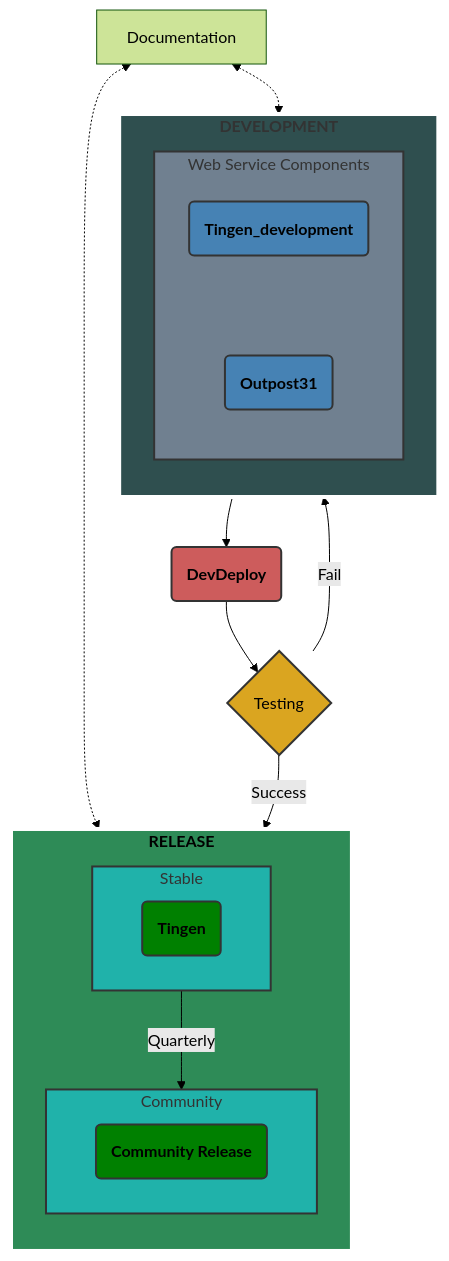
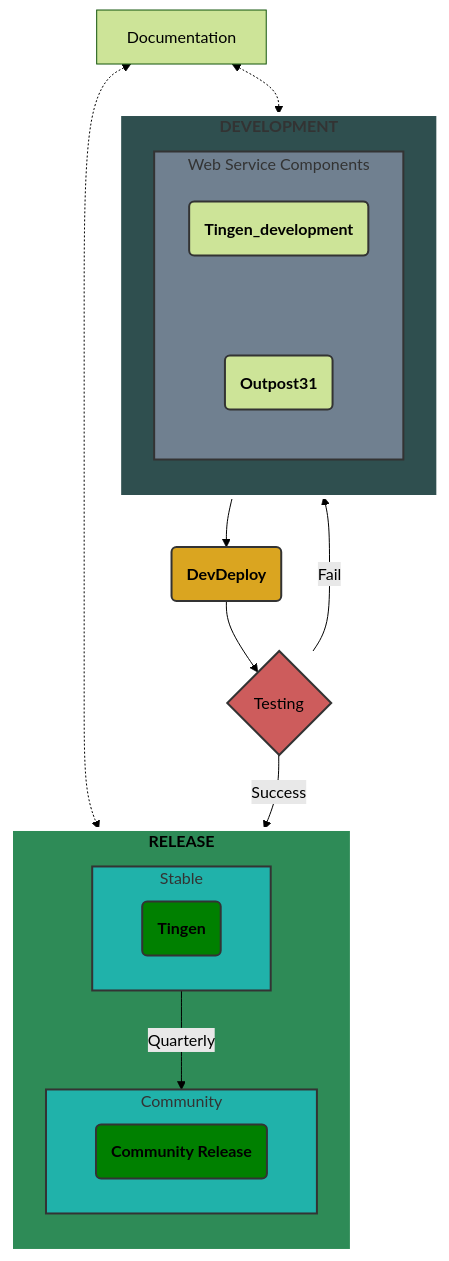
The diagram in README.md (spectrum-health-systems/Tingen), drawn with Mermaid (forest theme) before and after one commit.

````diff
--- a/README.md
+++ b/README.md
@@ -46,44 +46,44 @@
 ```mermaid
 flowchart TB
   Documentation <-.-> Development
   Documentation <-.-> Release
   subgraph Development["`**DEVELOPMENT**`"]
     direction TB
       subgraph WebServiceComponents["Web Service Components"]
         direction TB
         TingenDevelopment("`**Tingen_development**`") ~~~ Outpost31("`**Outpost31**`") 
       end     
   end
     Development --> DevDeploy("`**DevDeploy**`") --> Testing{"Testing"}
     Testing -- Fail --> Development
     Testing -- Success --> Release
   subgraph Release["`**RELEASE**`"]
     direction TB
       subgraph Stable["Stable"]
         Tingen("`**Tingen**`")
       end
       subgraph Community["Community"]
         CommunityRelease("`**Community Release**`")
       end   
   end
   Stable -- Quarterly --> Community
 
   style Development fill:darkslategrey,stroke:#FFFFFF,stroke-width:4px
   style WebServiceComponents fill:slategrey,stroke:#333,stroke-width:2px
-  style TingenDevelopment fill:steelblue,stroke:#333,stroke-width:2px
-  style Outpost31 fill:steelblue,stroke:#333,stroke-width:2px
-  style DevDeploy fill:indianred,stroke:#333,stroke-width:2px        
-  style Testing fill:goldenrod,stroke:#333,stroke-width:2px,color:#000000 
+  style TingenDevelopment fill:000000,stroke:#333,stroke-width:2px
+  style Outpost31 fill:000000,stroke:#333,stroke-width:2px
+  style DevDeploy fill:goldenrod,stroke:#333,stroke-width:2px        
+  style Testing fill:indianred,stroke:#333,stroke-width:2px,color:#000000 
   style Release fill:seagreen,stroke:#FFFFFF,stroke-width:4px,color:black
   style Stable fill:lightseagreen,stroke:#333,stroke-width:2px
   style Tingen fill:green,stroke:#333,stroke-width:2px
   style Community fill:lightseagreen,stroke:#333,stroke-width:2px
   style CommunityRelease fill:green,stroke:#333,stroke-width:2px
 
   click TingenDocumentation "https://github.com/spectrum-health-systems/Tingen-Documentation"
   click TingenDevelopment "https://github.com/spectrum-health-systems/Tingen_development"
   click Outpost31 "https://github.com/spectrum-health-systems/Outpost31"
   click DevDeploy "https://github.com/spectrum-health-systems/Tingen-DevDeploy"
   click Tingen "https://github.com/spectrum-health-systems/Tingen"
   click CommunityRelease "https://github.com/spectrum-health-systems/Tingen-CommunityRelease"
 ```
````
